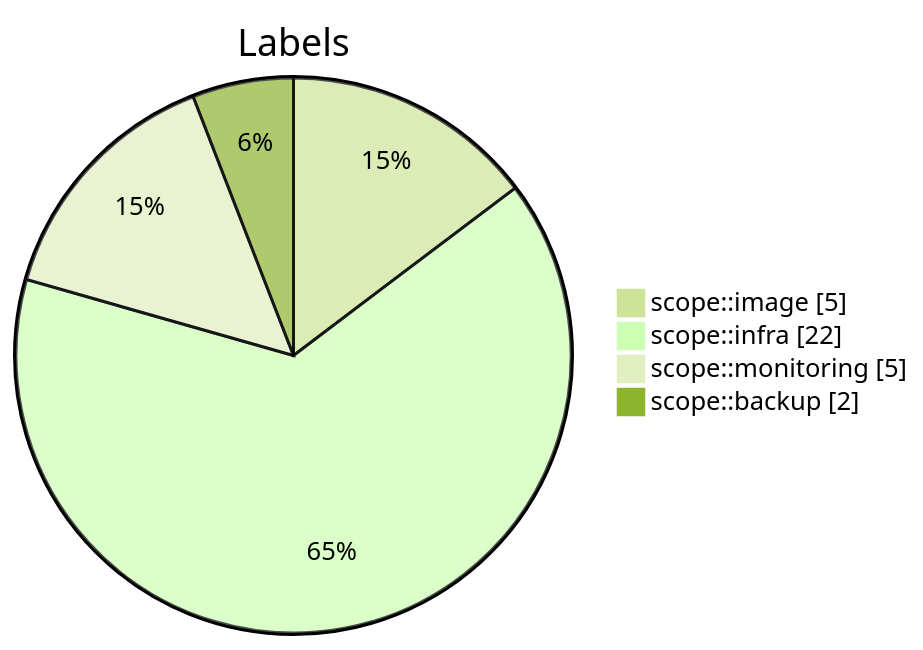
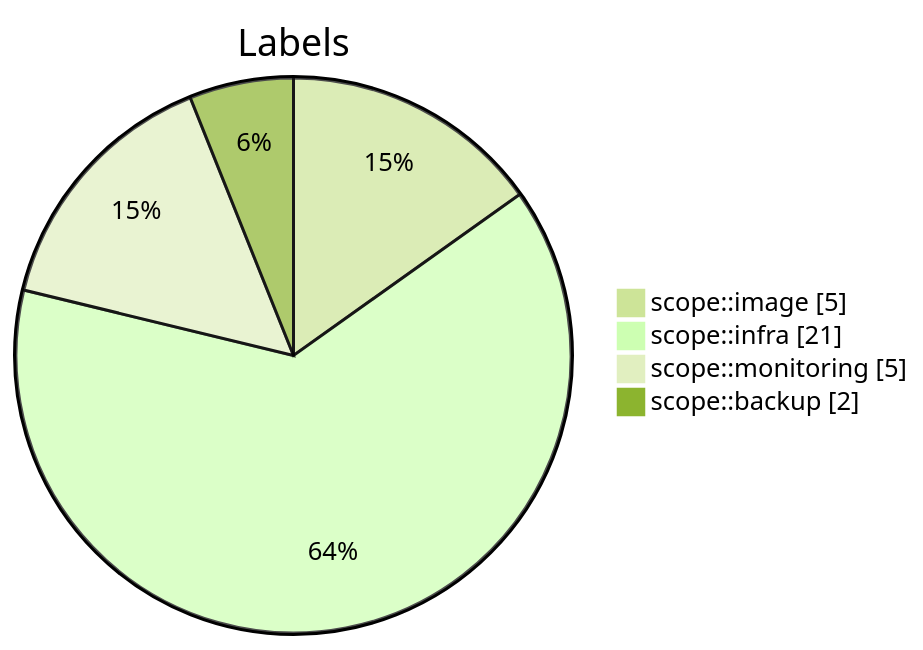
One commit to Gooseppr/GevOps_LC changed the seventh of 7 diagrams in modules/M49_projet-board-J09.md. Above: the diagram before and after it, drawn with Mermaid (forest theme). The commit also changed other lines of this file and 2 other files, not shown here.

````diff
--- a/modules/M49_projet-board-J09.md
+++ b/modules/M49_projet-board-J09.md
@@ -120,8 +120,8 @@
 ```mermaid
 pie showData
     title Labels
     "scope::image" : 5
-    "scope::infra" : 22
+    "scope::infra" : 21
     "scope::monitoring" : 5
     "scope::backup" : 2
 ```
````
